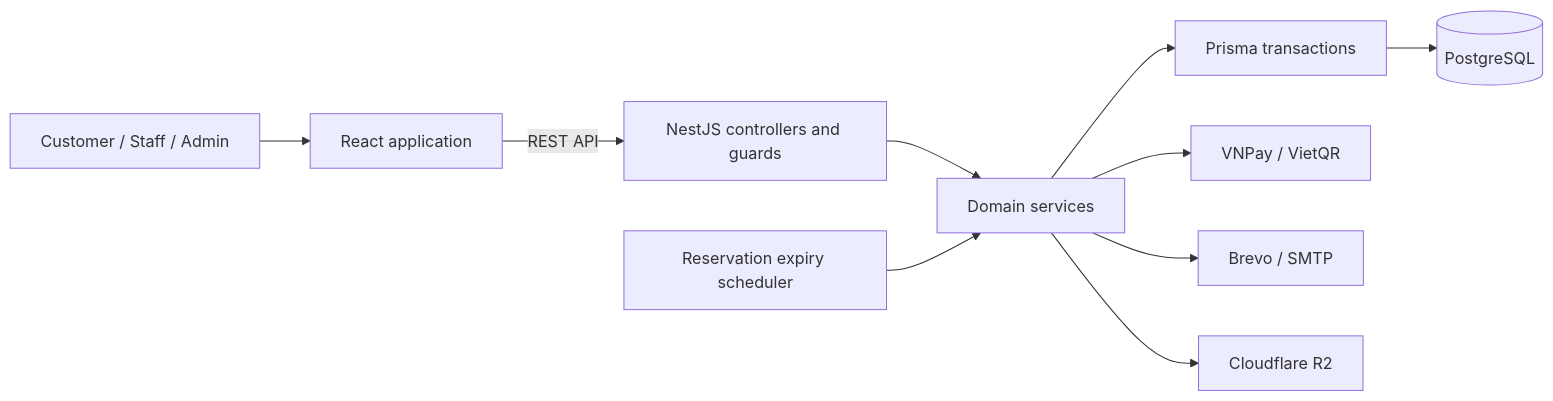
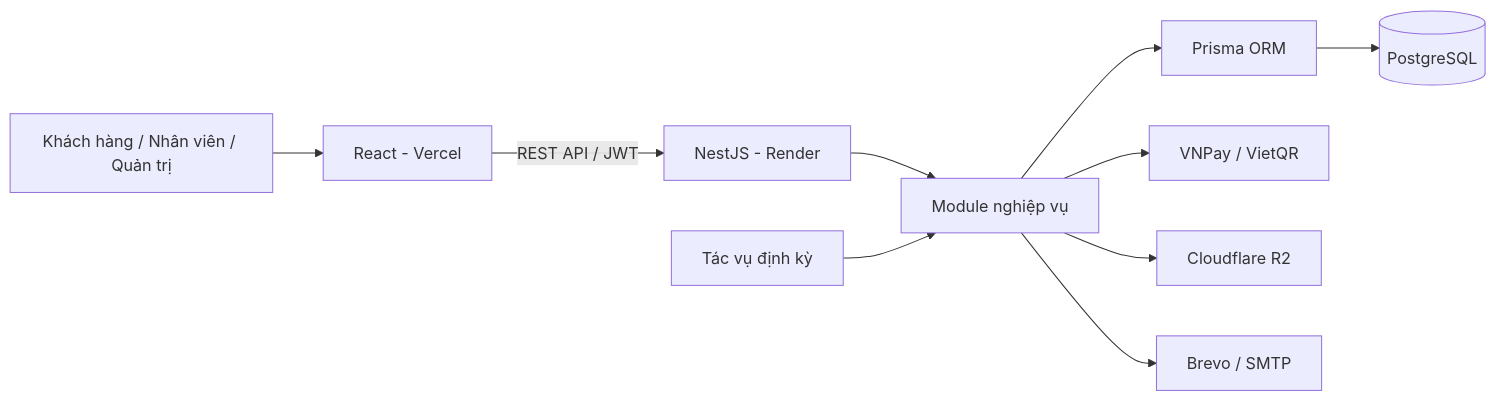
The diagram in README.md (NguyenNguyen0210/PhoneShop), drawn with Mermaid before and after one commit. The commit also changed other lines of this file and 46 other files, not shown here.

````diff
--- a/README.md
+++ b/README.md
@@ -63,12 +86,12 @@
 ```mermaid
 flowchart LR
-    Browser[Customer / Staff / Admin] --> UI[React application]
-    UI -->|REST API| API[NestJS controllers and guards]
-    API --> Domain[Domain services]
-    Scheduler[Reservation expiry scheduler] --> Domain
-    Domain --> ORM[Prisma transactions]
-    ORM --> DB[(PostgreSQL)]
-    Domain --> Payments[VNPay / VietQR]
+    User[Khách hàng / Nhân viên / Quản trị] --> Web[React - Vercel]
+    Web -->|REST API / JWT| API[NestJS - Render]
+    API --> Domain[Module nghiệp vụ]
+    Jobs[Tác vụ định kỳ] --> Domain
+    Domain --> Prisma[Prisma ORM]
+    Prisma --> DB[(PostgreSQL)]
+    Domain --> Payment[VNPay / VietQR]
+    Domain --> Storage[Cloudflare R2]
     Domain --> Email[Brevo / SMTP]
-    Domain --> Storage[Cloudflare R2]
 ```
````
